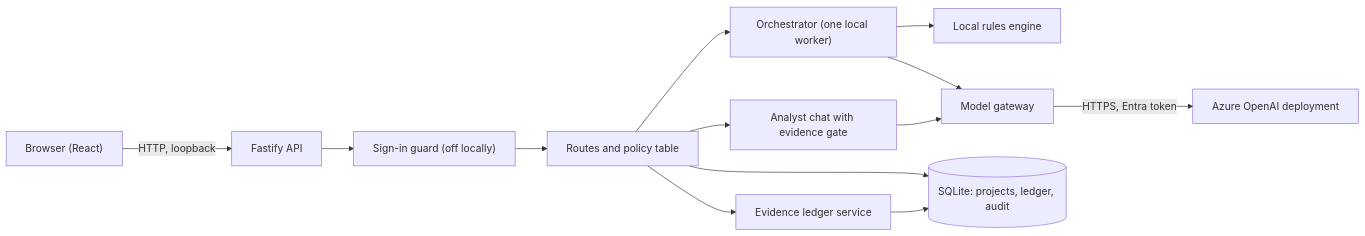
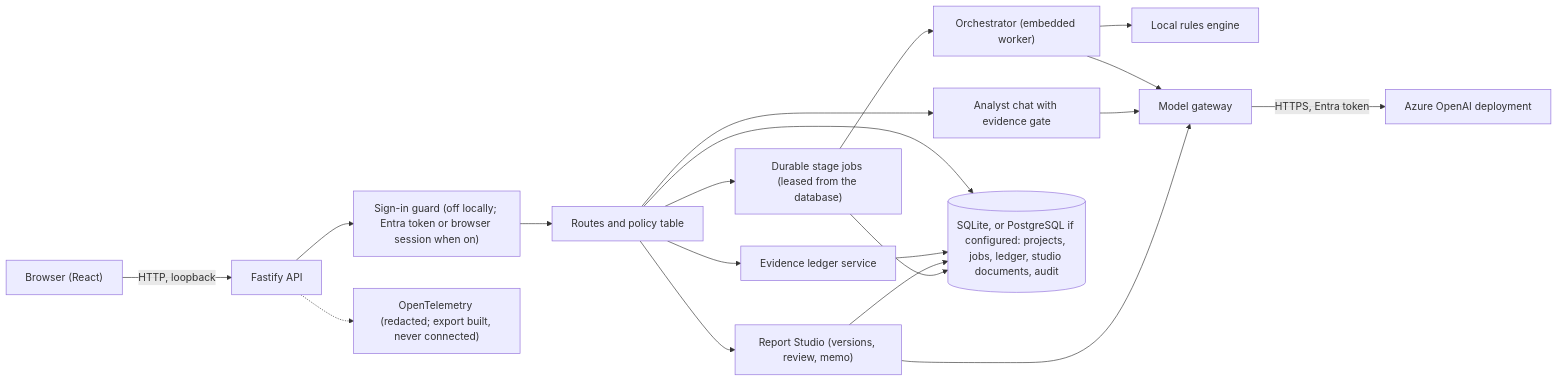
The first of 2 diagrams in docs/pitch/architecture.md (snowjug/Swarm), drawn with Mermaid before and after one commit. The commit also changed other lines of this file and 81 other files, not shown here.

First line of the commit message:
Add Report Studio: edit, review and approve the generated report

````diff
--- a/docs/pitch/architecture.md
+++ b/docs/pitch/architecture.md
@@ -12,15 +13,21 @@
 ```mermaid
 flowchart LR
   Browser["Browser (React)"] -->|"HTTP, loopback"| API["Fastify API"]
-  API --> Guard["Sign-in guard (off locally)"]
+  API --> Guard["Sign-in guard (off locally; Entra token or browser session when on)"]
   Guard --> Routes["Routes and policy table"]
-  Routes --> Orchestrator["Orchestrator (one local worker)"]
+  Routes --> Jobs["Durable stage jobs (leased from the database)"]
+  Jobs --> Orchestrator["Orchestrator (embedded worker)"]
   Routes --> Ledger["Evidence ledger service"]
   Routes --> Chat["Analyst chat with evidence gate"]
+  Routes --> Studio["Report Studio (versions, review, memo)"]
   Orchestrator --> Engine["Local rules engine"]
   Orchestrator --> Gateway["Model gateway"]
   Chat --> Gateway
+  Studio --> Gateway
   Gateway -->|"HTTPS, Entra token"| Model["Azure OpenAI deployment"]
-  Routes --> Store[("SQLite: projects, ledger, audit")]
+  Routes --> Store[("SQLite, or PostgreSQL if configured: projects, jobs, ledger, studio documents, audit")]
   Ledger --> Store
+  Studio --> Store
+  Jobs --> Store
+  API -.-> Telemetry["OpenTelemetry (redacted; export built, never connected)"]
 ```
````
